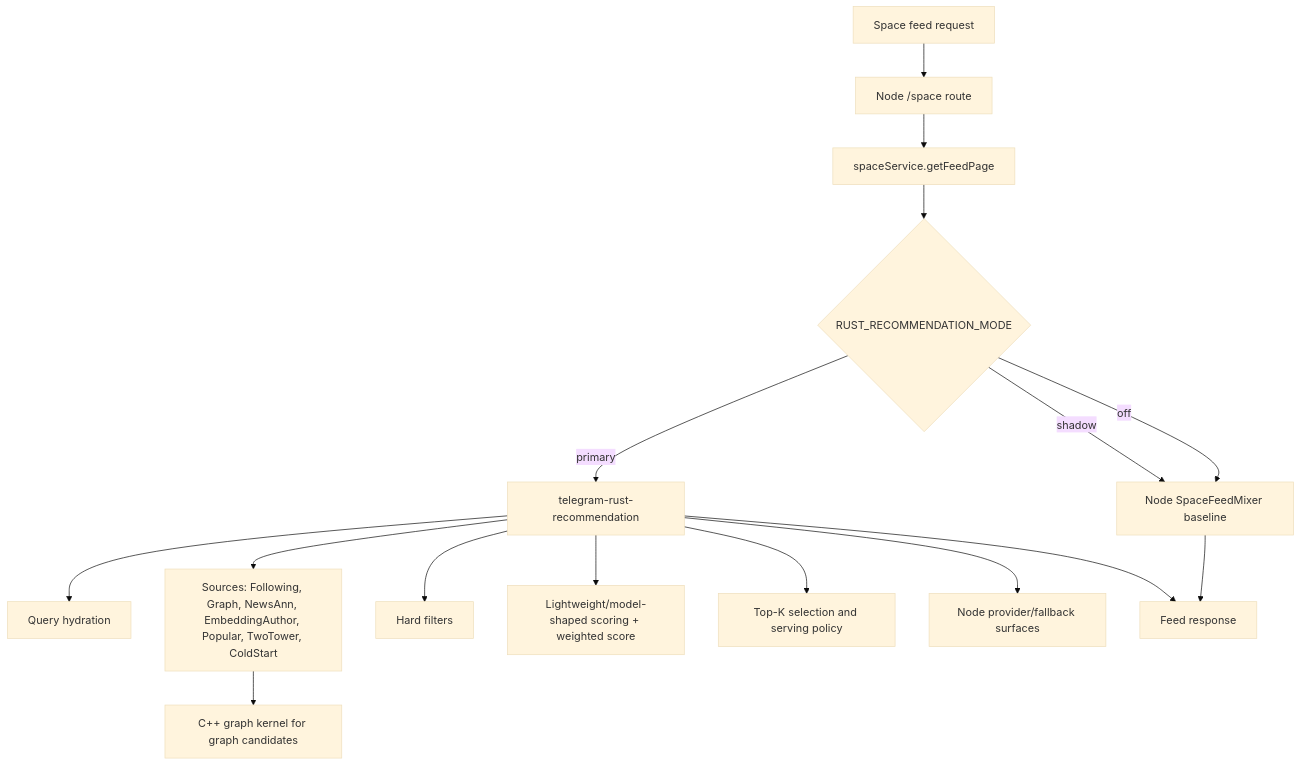
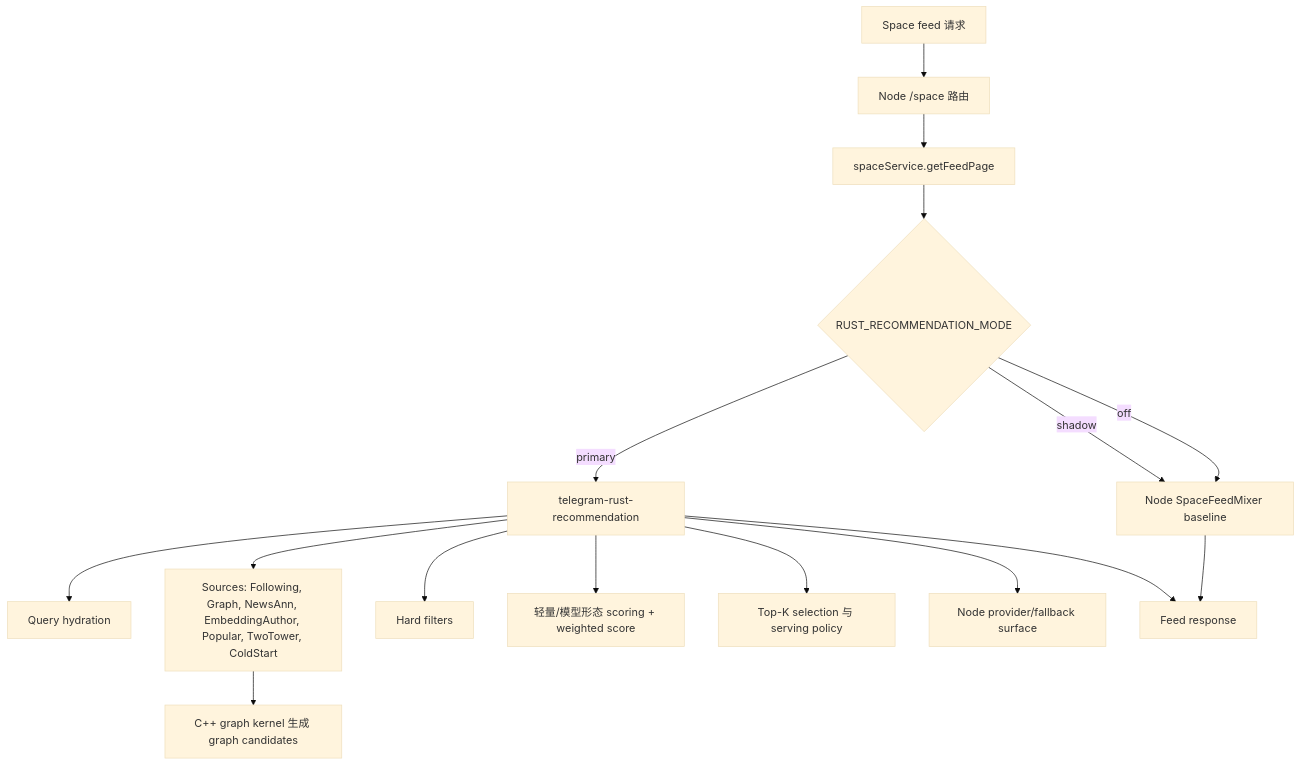
The first of 2 diagrams in telegram/docs/recommendation-algorithm-roadmap.md (wssAchilles/Mycode), drawn with Mermaid (base theme) before and after one commit. The commit also changed other lines of this file and 1 other file, not shown here.

Commit message:
chore: 更新 Telegram Rust workspace 迁移过渡说明，明确目标 crate 边界和抽取规则

````diff
--- a/telegram/docs/recommendation-algorithm-roadmap.md
+++ b/telegram/docs/recommendation-algorithm-roadmap.md
@@ -58,18 +58,18 @@
 ```mermaid
 flowchart TD
-  Client["Space feed request"] --> NodeRoute["Node /space route"]
+  Client["Space feed 请求"] --> NodeRoute["Node /space 路由"]
   NodeRoute --> SpaceService["spaceService.getFeedPage"]
   SpaceService --> Mode{"RUST_RECOMMENDATION_MODE"}
   Mode -->|"off"| NodeMixer["Node SpaceFeedMixer baseline"]
   Mode -->|"shadow"| NodeMixer
   Mode -->|"primary"| RustRec["telegram-rust-recommendation"]
   RustRec --> Query["Query hydration"]
   RustRec --> Sources["Sources: Following, Graph, NewsAnn, EmbeddingAuthor, Popular, TwoTower, ColdStart"]
-  Sources --> GraphKernel["C++ graph kernel for graph candidates"]
+  Sources --> GraphKernel["C++ graph kernel 生成 graph candidates"]
   RustRec --> Filters["Hard filters"]
-  RustRec --> Scoring["Lightweight/model-shaped scoring + weighted score"]
-  RustRec --> Selection["Top-K selection and serving policy"]
-  RustRec --> NodeFallback["Node provider/fallback surfaces"]
+  RustRec --> Scoring["轻量/模型形态 scoring + weighted score"]
+  RustRec --> Selection["Top-K selection 与 serving policy"]
+  RustRec --> NodeFallback["Node provider/fallback surface"]
   NodeMixer --> Response["Feed response"]
   RustRec --> Response
 ```
````
